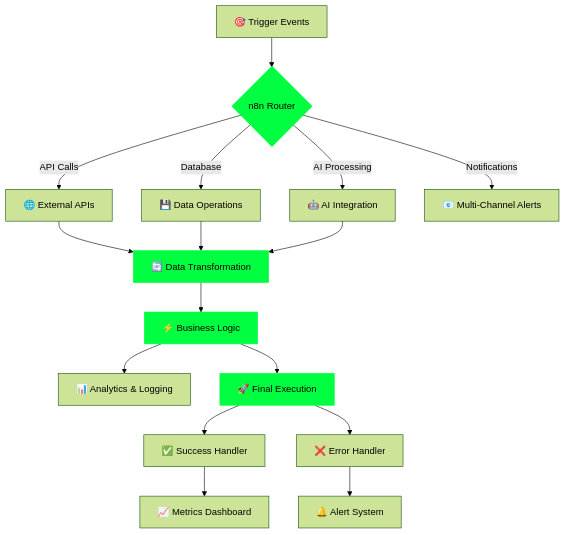
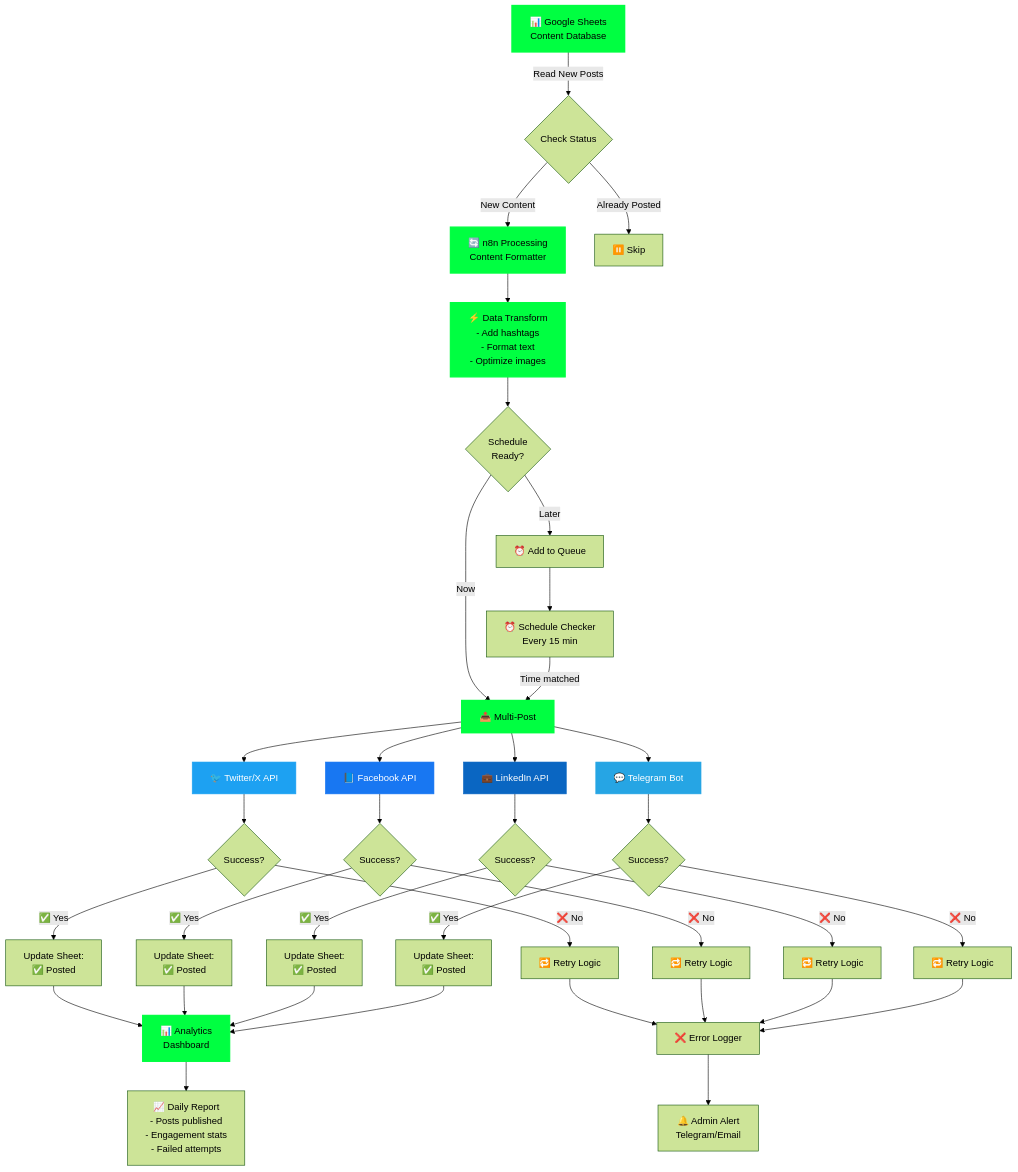
Before and after one commit to minhducdz99/minhducdz99: the diagram in README.md, drawn with Mermaid (forest theme). The commit also changed other lines of this file, not shown here.

````diff
--- a/README.md
+++ b/README.md
@@ -296,27 +309,63 @@
 ```mermaid
 graph TB
-    A[🎯 Trigger Events] --> B{n8n Router}
-    B -->|API Calls| C[🌐 External APIs]
-    B -->|Database| D[💾 Data Operations]
-    B -->|AI Processing| E[🤖 AI Integration]
-    B -->|Notifications| F[📧 Multi-Channel Alerts]
+    Start[📊 Google Sheets<br/>Content Database] -->|Read New Posts| Check{Check Status}
     
-    C --> G[🔄 Data Transformation]
-    D --> G
-    E --> G
+    Check -->|New Content| Process[🔄 n8n Processing<br/>Content Formatter]
+    Check -->|Already Posted| End1[⏸️ Skip]
     
-    G --> H[⚡ Business Logic]
-    H --> I[📊 Analytics & Logging]
-    H --> J[🚀 Final Execution]
+    Process --> Transform[⚡ Data Transform<br/>- Add hashtags<br/>- Format text<br/>- Optimize images]
     
-    J --> K[✅ Success Handler]
-    J --> L[❌ Error Handler]
+    Transform --> Schedule{Schedule<br/>Ready?}
     
-    K --> M[📈 Metrics Dashboard]
-    L --> N[🔔 Alert System]
+    Schedule -->|Now| Post[📤 Multi-Post]
+    Schedule -->|Later| Queue[⏰ Add to Queue]
     
-    style B fill:#00FF41,stroke:#00FF41,color:#000,stroke-width:3px
-    style G fill:#00FF41,stroke:#00FF41,color:#000
-    style H fill:#00FF41,stroke:#00FF41,color:#000
-    style J fill:#00FF41,stroke:#00FF41,color:#000
+    Post --> Twitter[🐦 Twitter/X API]
+    Post --> Facebook[📘 Facebook API]
+    Post --> LinkedIn[💼 LinkedIn API]
+    Post --> Telegram[💬 Telegram Bot]
+    
+    Twitter --> Verify1{Success?}
+    Facebook --> Verify2{Success?}
+    LinkedIn --> Verify3{Success?}
+    Telegram --> Verify4{Success?}
+    
+    Verify1 -->|✅ Yes| Update1[Update Sheet:<br/>✅ Posted]
+    Verify1 -->|❌ No| Retry1[🔁 Retry Logic]
+    
+    Verify2 -->|✅ Yes| Update2[Update Sheet:<br/>✅ Posted]
+    Verify2 -->|❌ No| Retry2[🔁 Retry Logic]
+    
+    Verify3 -->|✅ Yes| Update3[Update Sheet:<br/>✅ Posted]
+    Verify3 -->|❌ No| Retry3[🔁 Retry Logic]
+    
+    Verify4 -->|✅ Yes| Update4[Update Sheet:<br/>✅ Posted]
+    Verify4 -->|❌ No| Retry4[🔁 Retry Logic]
+    
+    Update1 --> Analytics[📊 Analytics<br/>Dashboard]
+    Update2 --> Analytics
+    Update3 --> Analytics
+    Update4 --> Analytics
+    
+    Retry1 --> ErrorLog[❌ Error Logger]
+    Retry2 --> ErrorLog
+    Retry3 --> ErrorLog
+    Retry4 --> ErrorLog
+    
+    ErrorLog --> Notify[🔔 Admin Alert<br/>Telegram/Email]
+    
+    Analytics --> Report[📈 Daily Report<br/>- Posts published<br/>- Engagement stats<br/>- Failed attempts]
+    
+    Queue --> ScheduleCheck[⏰ Schedule Checker<br/>Every 15 min]
+    ScheduleCheck -->|Time matched| Post
+    
+    style Start fill:#00FF41,stroke:#00FF41,color:#000,stroke-width:3px
+    style Process fill:#00FF41,stroke:#00FF41,color:#000,stroke-width:2px
+    style Transform fill:#00FF41,stroke:#00FF41,color:#000,stroke-width:2px
+    style Post fill:#00FF41,stroke:#00FF41,color:#000,stroke-width:3px
+    style Analytics fill:#00FF41,stroke:#00FF41,color:#000,stroke-width:2px
+    style Twitter fill:#1DA1F2,stroke:#1DA1F2,color:#fff
+    style Facebook fill:#1877F2,stroke:#1877F2,color:#fff
+    style LinkedIn fill:#0A66C2,stroke:#0A66C2,color:#fff
+    style Telegram fill:#26A5E4,stroke:#26A5E4,color:#fff
 ```
````
